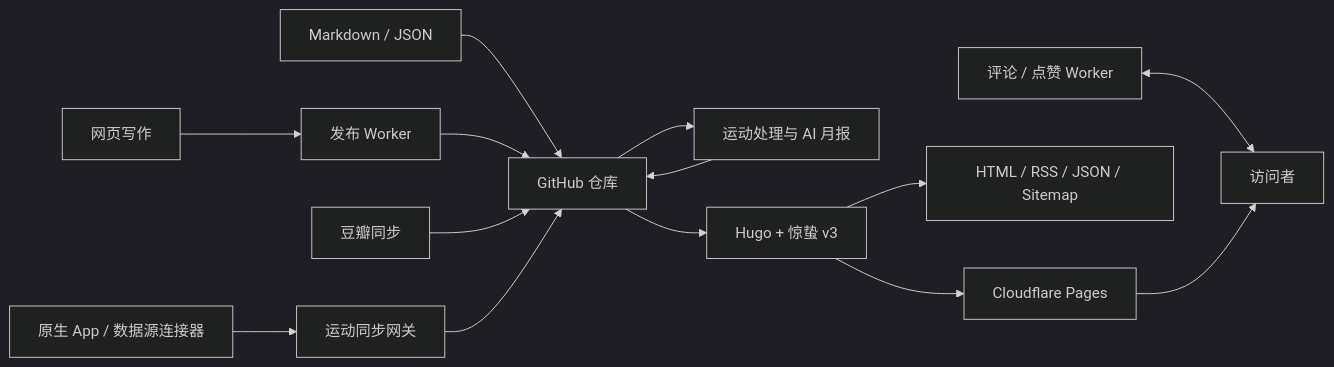
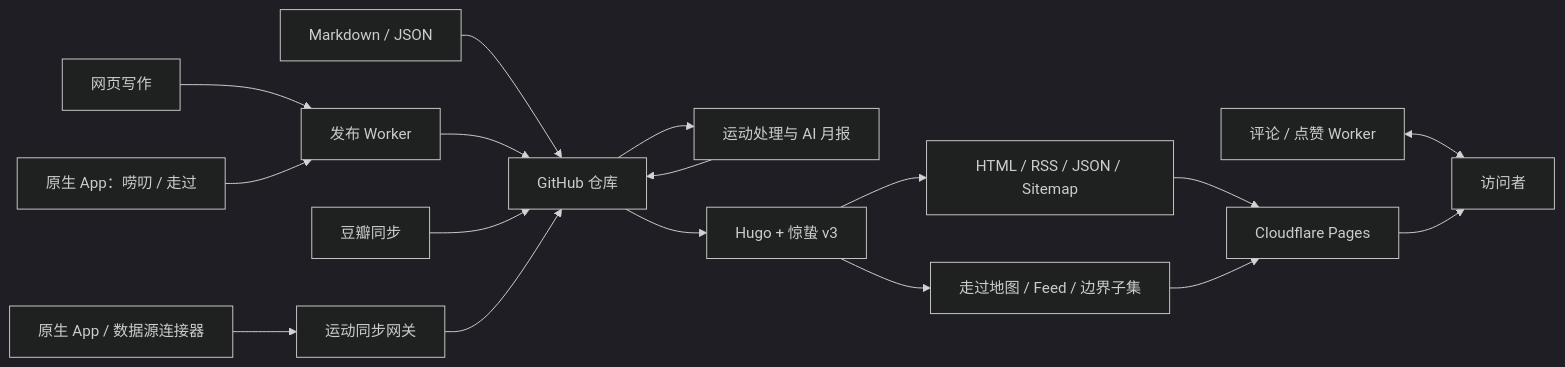
One commit to koobai/blog changed the diagram in README.md. Above: the diagram before and after it, drawn with Mermaid (dark theme). The commit also changed other lines of this file and 23 other files, not shown here.

````diff
--- a/README.md
+++ b/README.md
@@ -48,16 +49,19 @@
 ```mermaid
 flowchart LR
     A["Markdown / JSON"] --> R["GitHub 仓库"]
     B["网页写作"] --> W["发布 Worker"]
+    Z["原生 App：唠叨 / 走过"] --> W
     W --> R
     C["豆瓣同步"] --> R
     D["原生 App / 数据源连接器"] --> ASW["运动同步网关"]
     ASW --> R
     R --> P["运动处理与 AI 月报"]
     P --> R
     R --> H["Hugo + 惊蛰 v3"]
-    H --> CF["Cloudflare Pages"]
     H --> O["HTML / RSS / JSON / Sitemap"]
+    H --> ZO["走过地图 / Feed / 边界子集"]
+    O --> CF["Cloudflare Pages"]
+    ZO --> CF
     E["评论 / 点赞 Worker"] <--> V["访问者"]
     CF --> V
 ```
````
